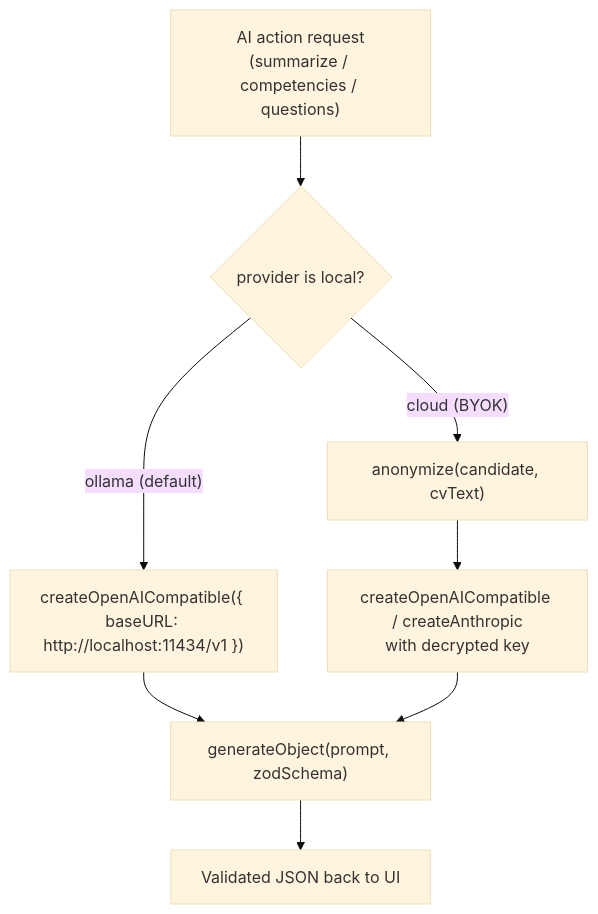
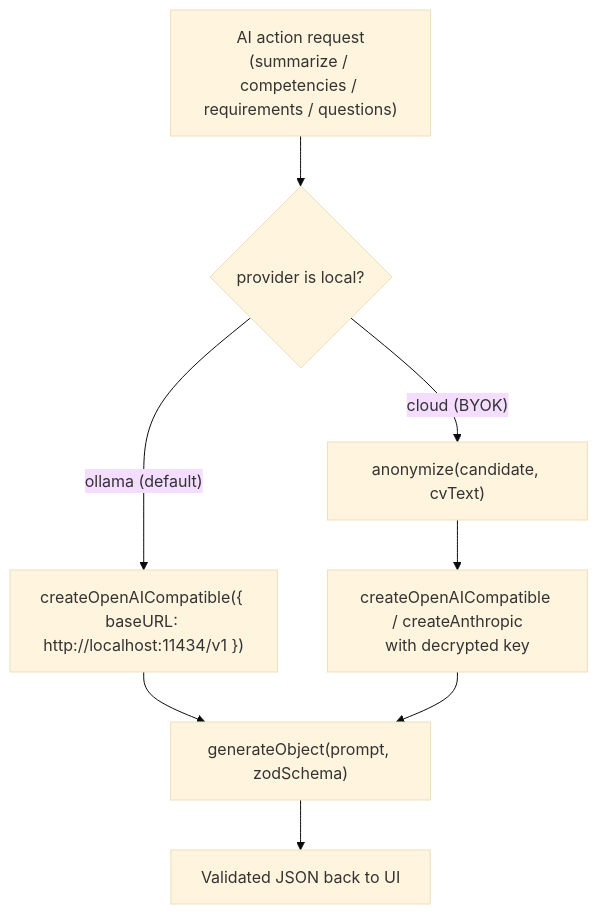
One commit to pawelrozanski/HRmit changed the third of 5 diagrams in docs/ARCHITECTURE.md. Above: the diagram before and after it, drawn with Mermaid (base theme). The commit also changed other lines of this file and 36 other files, not shown here.

````diff
--- a/docs/ARCHITECTURE.md
+++ b/docs/ARCHITECTURE.md
@@ -302,10 +302,10 @@
 ```mermaid
 flowchart TD
-  A["AI action request<br/>(summarize / competencies / questions)"] --> B{"provider is local?"}
+  A["AI action request<br/>(summarize / competencies / requirements / questions)"] --> B{"provider is local?"}
   B -- "ollama (default)" --> C["createOpenAICompatible({ baseURL: http://localhost:11434/v1 })"]
   B -- "cloud (BYOK)" --> D["anonymize(candidate, cvText)"]
   D --> E["createOpenAICompatible / createAnthropic<br/>with decrypted key"]
   C --> F["generateObject(prompt, zodSchema)"]
   E --> F
   F --> G["Validated JSON back to UI"]
 ```
````
